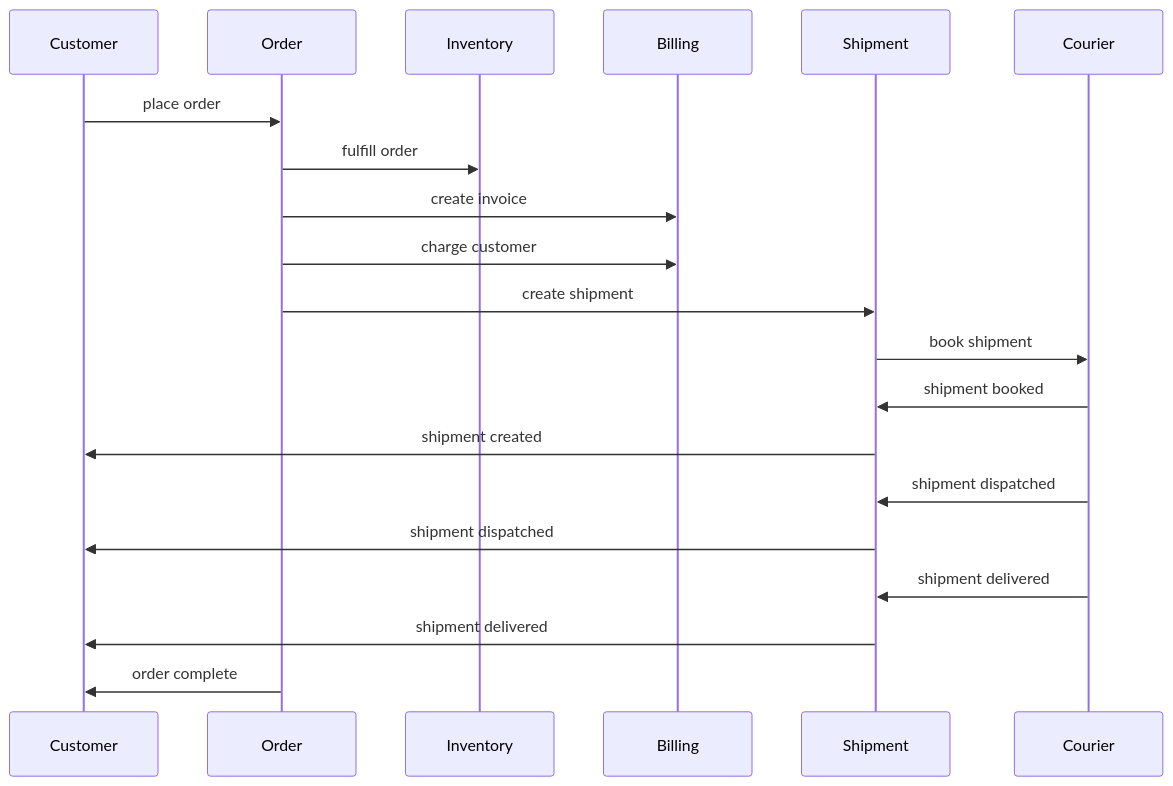
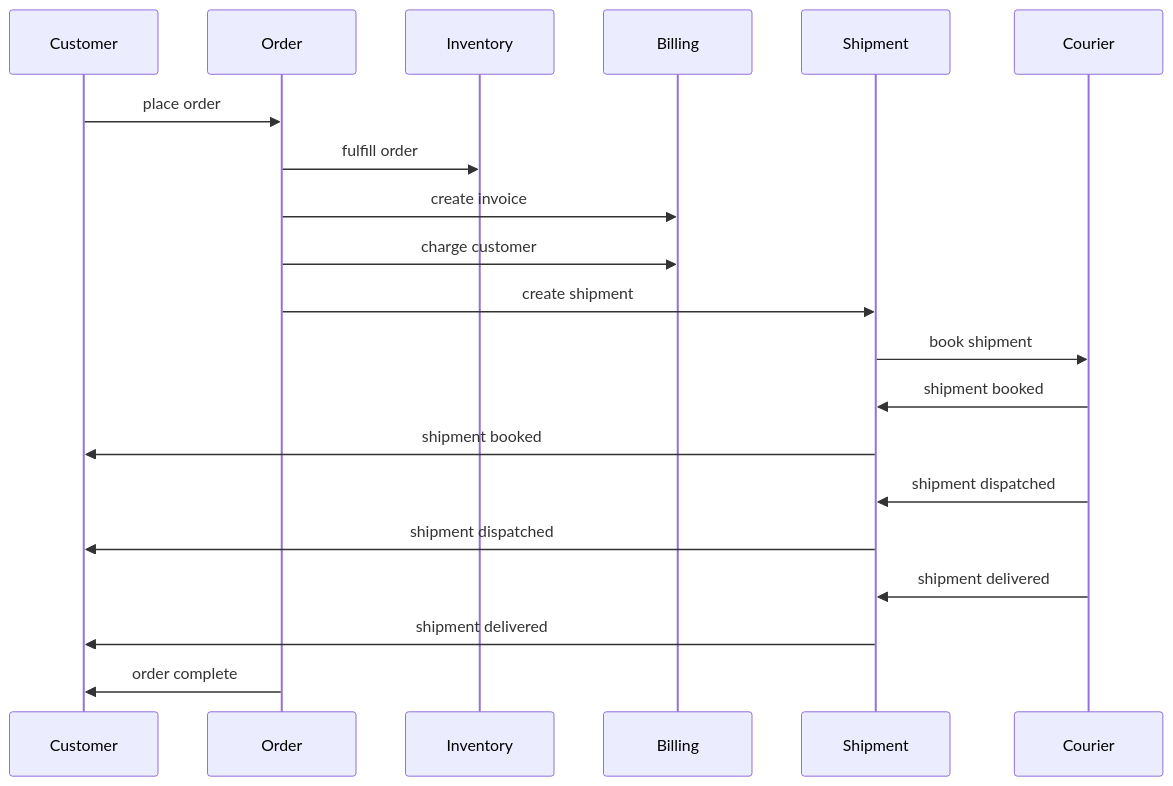
Before and after one commit to temporalio/reference-app-orders-go: the diagram in docs/overview.md, drawn with Mermaid. The commit also changed 21 other files, not shown here.

````diff
--- a/docs/overview.md
+++ b/docs/overview.md
@@ -3,23 +3,23 @@
 ```mermaid
 sequenceDiagram
     participant Customer
     participant Order
     participant Inventory
     participant Billing
     participant Shipment
     participant Courier
     
     Customer->>Order: place order
     Order->>Inventory: fulfill order
     Order->>Billing: create invoice
     Order->>Billing: charge customer
     Order->>Shipment: create shipment
     Shipment->>Courier: book shipment
     Courier->>Shipment: shipment booked
-    Shipment->>Customer: shipment created
+    Shipment->>Customer: shipment booked
     Courier->>Shipment: shipment dispatched
     Shipment->>Customer: shipment dispatched
     Courier->>Shipment: shipment delivered
     Shipment->>Customer: shipment delivered
     Order->>Customer: order complete
 ```
````
